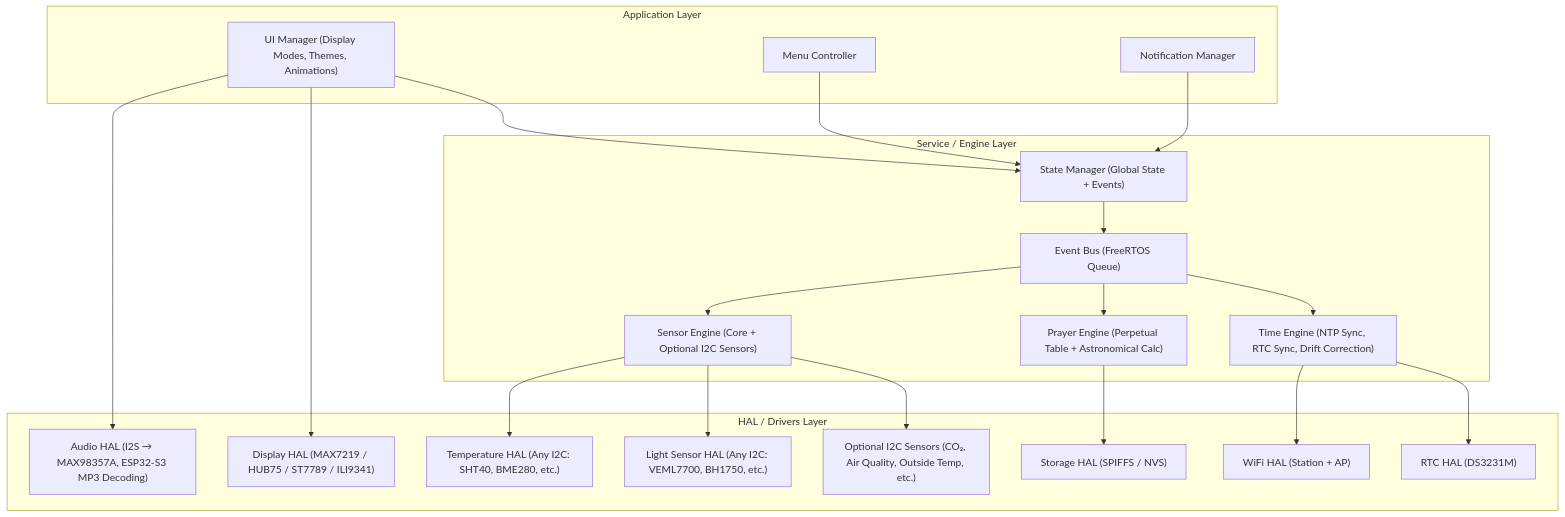
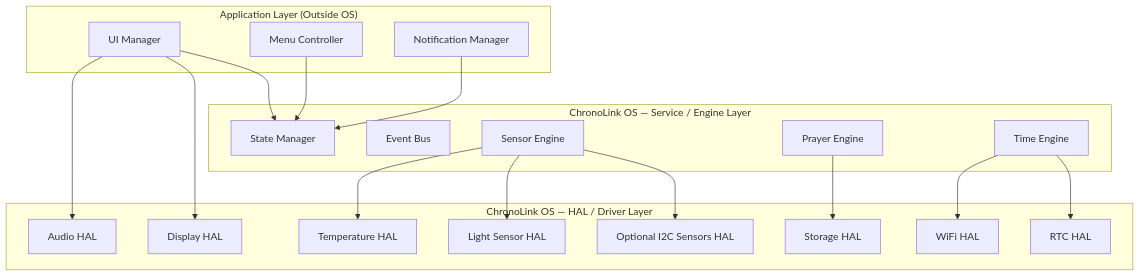
One commit to salmankha19/chronolink-v4-os-mirror changed the diagram in docs/Architecture.md. Above: the diagram before and after it, drawn with Mermaid.

Commit message:
Update Architecture.md with GitHub-compatible Mermaid diagram

````diff
--- a/docs/Architecture.md
+++ b/docs/Architecture.md
@@ -1,49 +1,57 @@
 ```mermaid
 flowchart TB
 
-subgraph APP["Application Layer"]
-    UI_MANAGER["UI Manager (Display Modes, Themes, Animations)"]
+%% ============================
+%% APPLICATION LAYER (OUTSIDE OS)
+%% ============================
+subgraph APP["Application Layer (Outside OS)"]
+    UI_MANAGER["UI Manager"]
     MENU_CONTROLLER["Menu Controller"]
     NOTIFY_MANAGER["Notification Manager"]
 end
 
-subgraph SERVICE["Service / Engine Layer"]
-    STATE_MANAGER["State Manager (Global State + Events)"]
-    EVENT_BUS["Event Bus (FreeRTOS Queue)"]
-    SENSOR_ENGINE["Sensor Engine (Core + Optional I2C Sensors)"]
-    PRAYER_ENGINE["Prayer Engine (Perpetual Table + Astronomical Calc)"]
-    TIME_ENGINE["Time Engine (NTP Sync, RTC Sync, Drift Correction)"]
+%% ============================
+%% OS SERVICE / ENGINE LAYER
+%% ============================
+subgraph SERVICE["ChronoLink OS — Service / Engine Layer"]
+    STATE_MANAGER["State Manager"]
+    EVENT_BUS["Event Bus"]
+    SENSOR_ENGINE["Sensor Engine"]
+    PRAYER_ENGINE["Prayer Engine"]
+    TIME_ENGINE["Time Engine"]
 end
 
-subgraph HAL["HAL / Drivers Layer"]
-    AUDIO_HAL["Audio HAL (I2S → MAX98357A, ESP32‑S3 MP3 Decoding)"]
-    DISPLAY_HAL["Display HAL (MAX7219 / HUB75 / ST7789 / ILI9341)"]
-    TEMP_HAL["Temperature HAL (Any I2C: SHT40, BME280, etc.)"]
-    LIGHT_HAL["Light Sensor HAL (Any I2C: VEML7700, BH1750, etc.)"]
-    OPTIONAL_I2C["Optional I2C Sensors (CO₂, Air Quality, Outside Temp, etc.)"]
-    STORAGE_HAL["Storage HAL (SPIFFS / NVS)"]
-    WIFI_HAL["WiFi HAL (Station + AP)"]
-    RTC_HAL["RTC HAL (DS3231M)"]
+%% ============================
+%% OS HAL / DRIVER LAYER
+%% ============================
+subgraph HAL["ChronoLink OS — HAL / Driver Layer"]
+    AUDIO_HAL["Audio HAL"]
+    DISPLAY_HAL["Display HAL"]
+    TEMP_HAL["Temperature HAL"]
+    LIGHT_HAL["Light Sensor HAL"]
+    OPTIONAL_I2C["Optional I2C Sensors HAL"]
+    STORAGE_HAL["Storage HAL"]
+    WIFI_HAL["WiFi HAL"]
+    RTC_HAL["RTC HAL"]
 end
 
+%% ============================
+%% CONNECTIONS
+%% ============================
+%% Application Layer → OS
 UI_MANAGER --> STATE_MANAGER
 MENU_CONTROLLER --> STATE_MANAGER
 NOTIFY_MANAGER --> STATE_MANAGER
 
-STATE_MANAGER --> EVENT_BUS
-EVENT_BUS --> TIME_ENGINE
-EVENT_BUS --> PRAYER_ENGINE
-EVENT_BUS --> SENSOR_ENGINE
-
+%% Service Layer → HAL
 TIME_ENGINE --> RTC_HAL
 TIME_ENGINE --> WIFI_HAL
-
 PRAYER_ENGINE --> STORAGE_HAL
-
 SENSOR_ENGINE --> TEMP_HAL
 SENSOR_ENGINE --> LIGHT_HAL
 SENSOR_ENGINE --> OPTIONAL_I2C
 
+%% Application Layer → HAL (Display/Audio only)
 UI_MANAGER --> DISPLAY_HAL
 UI_MANAGER --> AUDIO_HAL
 ```
````
